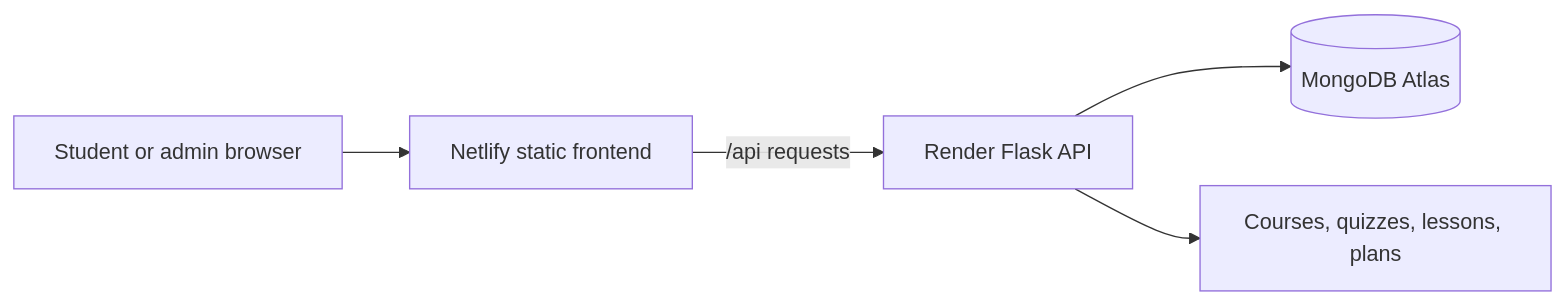
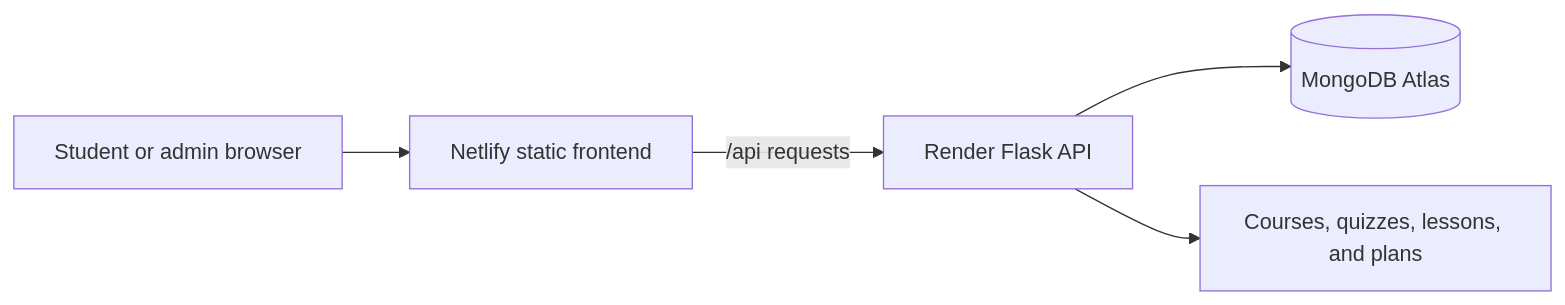
One commit to ShubhamSinghRawat10/Nebula-Orbit changed the diagram in README.md. Above: the diagram before and after it, drawn with Mermaid. The commit also changed other lines of this file and 3 other files, not shown here.

````diff
--- a/README.md
+++ b/README.md
@@ -96,7 +95,7 @@
 ```mermaid
 flowchart LR
     S[Student or admin browser] --> N[Netlify static frontend]
     N -->|/api requests| R[Render Flask API]
     R --> M[(MongoDB Atlas)]
-    R --> C[Courses, quizzes, lessons, plans]
+    R --> C[Courses, quizzes, lessons, and plans]
 ```
````
